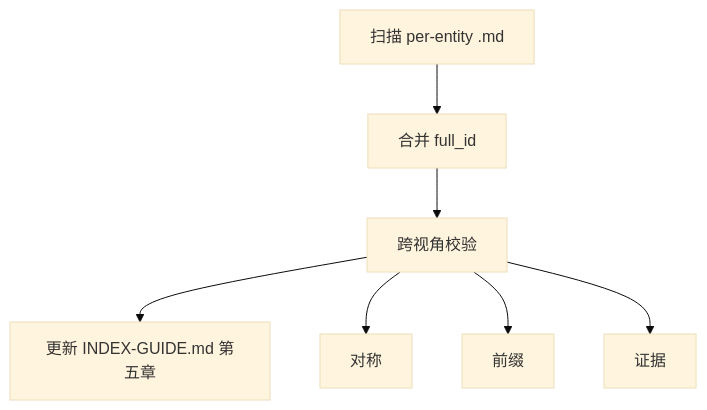
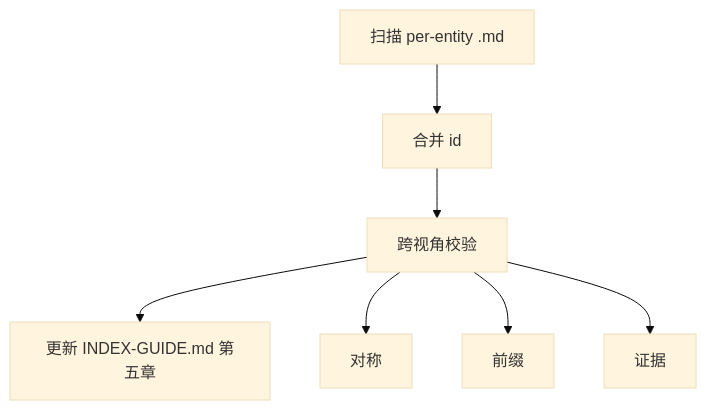
The diagram in agent/skills/docs-build/references/consolidation-spec.md (oleewen/ai-knowledge), drawn with Mermaid (base theme) before and after one commit. The commit also changed other lines of this file and 88 other files, not shown here.

````diff
--- a/agent/skills/docs-build/references/consolidation-spec.md
+++ b/agent/skills/docs-build/references/consolidation-spec.md
@@ -7,9 +7,9 @@
 ```mermaid
 graph TD
-    A[扫描 per-entity .md] --> B[合并 full_id]
+    A[扫描 per-entity .md] --> B[合并 id]
     B --> C[跨视角校验]
     C --> D[更新 INDEX-GUIDE.md 第五章]
     C --> C1[对称]
     C --> C2[前缀]
     C --> C3[证据]
 ```
````
